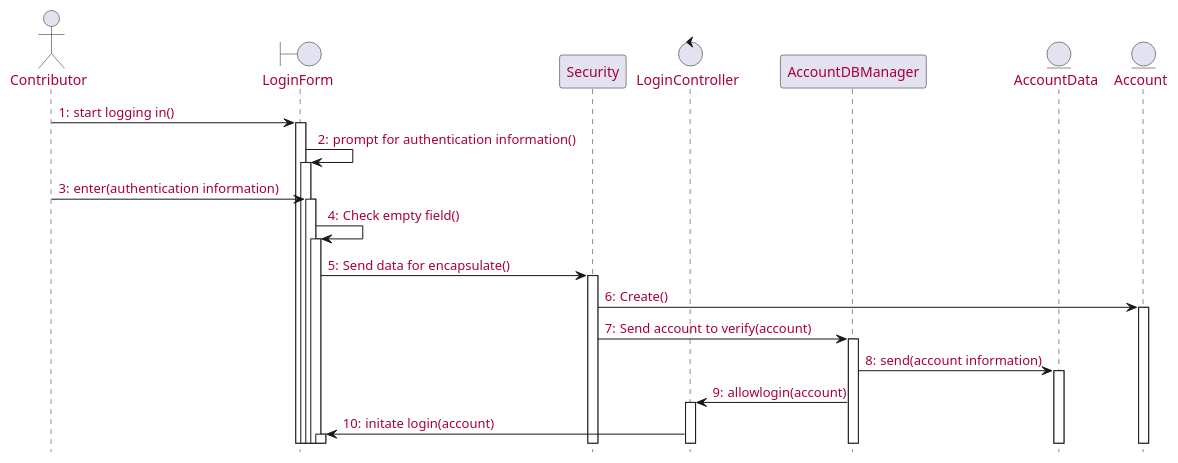
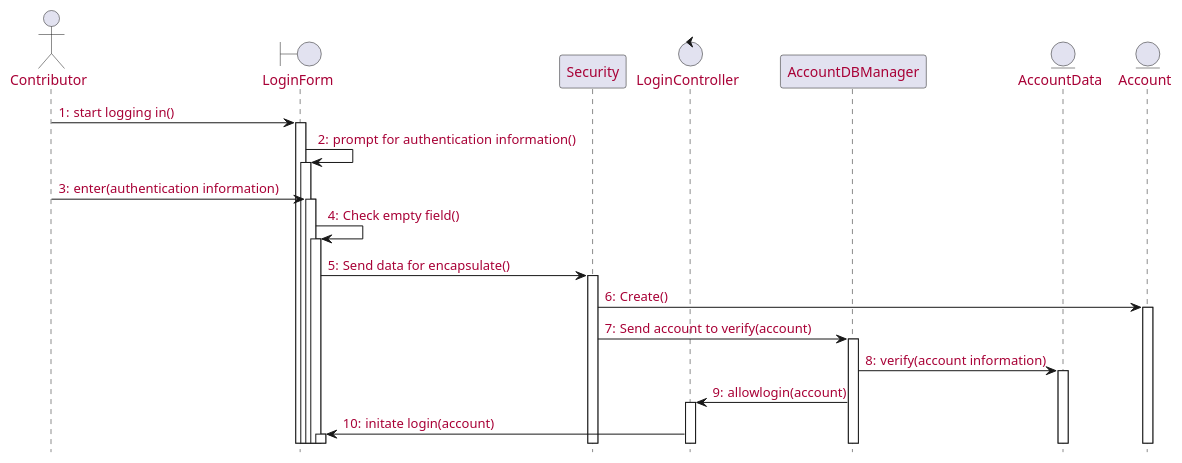
One commit to McSinyx/ipppi changed the first of 6 diagrams in source/solution/use-case-design.rst. Above: the diagram before and after it, drawn with PlantUML. The commit also changed other lines of this file, not shown here.

```diff
--- a/source/solution/use-case-design.rst
+++ b/source/solution/use-case-design.rst
@@ -19,25 +19,25 @@
 .. uml::
 
    skinparam defaultFontColor #a80036
    autonumber "#:"
    autoactivate on
    hide footbox
 
    actor Contributor
    boundary LoginForm
    participant Security as S
    control LoginController
    participant AccountDBManager as D
    entity AccountData
    entity Account
 
    Contributor -> LoginForm: start logging in()
    LoginForm -> LoginForm: prompt for authentication information()
    Contributor -> LoginForm: enter(authentication information)   
    LoginForm -> LoginForm: Check empty field()
    LoginForm -> S: Send data for encapsulate()
    S -> Account: Create()
    S -> D: Send account to verify(account)
-   D -> AccountData: send(account information)
+   D -> AccountData: verify(account information)
    D -> LoginController: allowlogin(account)
    LoginController -> LoginForm: initate login(account) 
```
